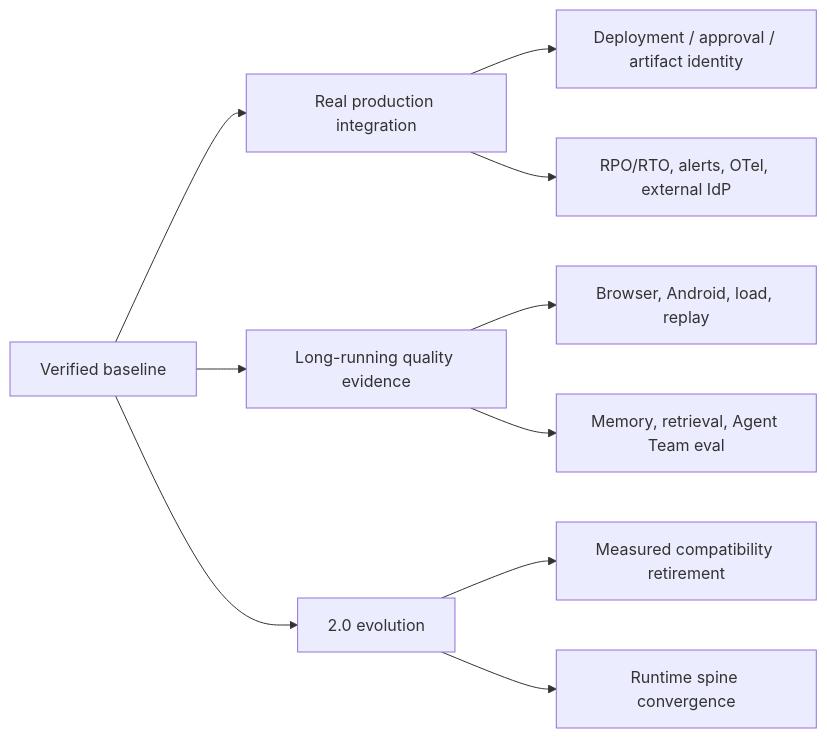
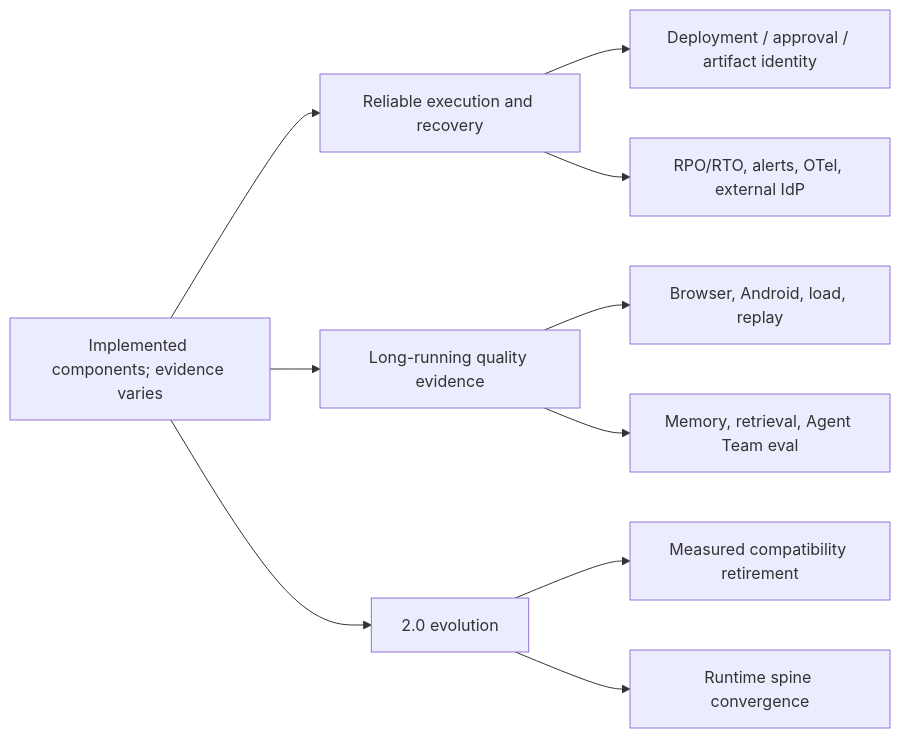
One commit to William-zgx/focus-agent changed the diagram in docs/roadmap.md. Above: the diagram before and after it, drawn with Mermaid. The commit also changed other lines of this file and 170 other files, not shown here.

````diff
--- a/docs/roadmap.md
+++ b/docs/roadmap.md
@@ -14,12 +15,12 @@
 ```mermaid
 flowchart LR
-    Baseline["Verified baseline"] --> Production["Real production integration"]
+    Baseline["Implemented components; evidence varies"] --> Production["Reliable execution and recovery"]
     Baseline --> Quality["Long-running quality evidence"]
     Baseline --> Evolution["2.0 evolution"]
     Production --> Identity["Deployment / approval / artifact identity"]
     Production --> Operations["RPO/RTO, alerts, OTel, external IdP"]
     Quality --> Runtime["Browser, Android, load, replay"]
     Quality --> Agent["Memory, retrieval, Agent Team eval"]
     Evolution --> Compat["Measured compatibility retirement"]
     Evolution --> Spine["Runtime spine convergence"]
 ```
````
